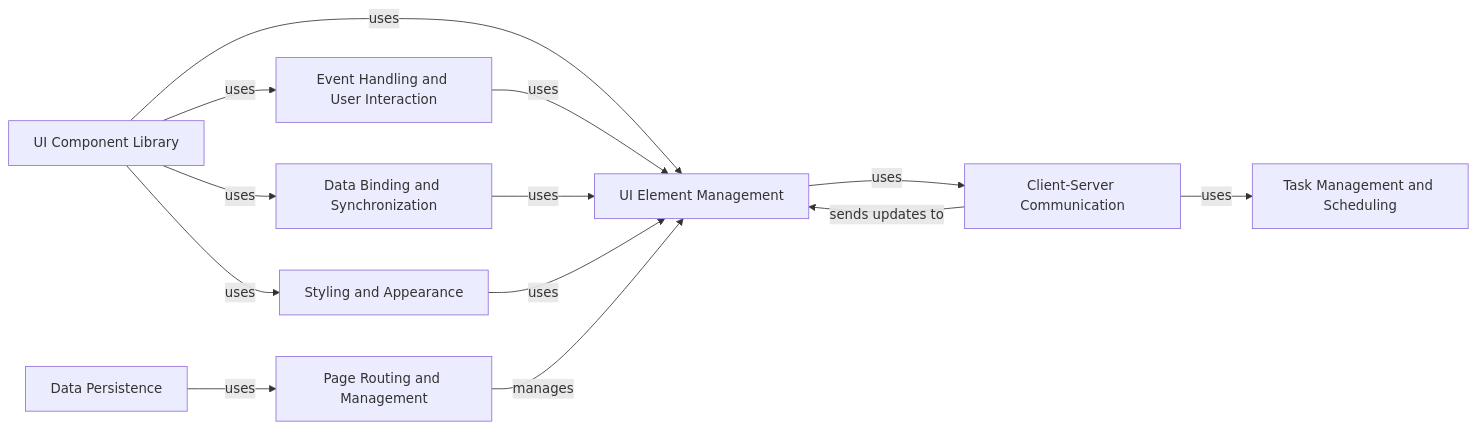
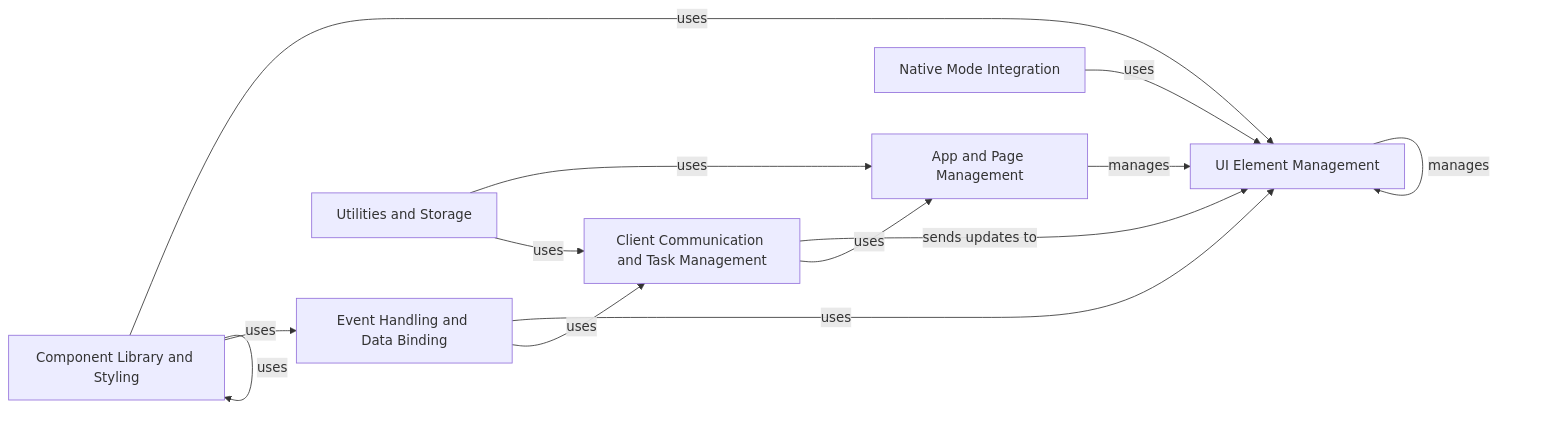
The diagram in nicegui/on_boarding.md (CodeBoarding/GeneratedOnBoardings), drawn with Mermaid before and after one commit. The commit also changed other lines of this file and 15 other files, not shown here.

````diff
--- a/nicegui/on_boarding.md
+++ b/nicegui/on_boarding.md
@@ -1,33 +1,29 @@
 ```mermaid
 graph LR
     UI_Element_Management["UI Element Management"]
-    Event_Handling_and_User_Interaction["Event Handling and User Interaction"]
-    Client_Server_Communication["Client-Server Communication"]
-    Data_Binding_and_Synchronization["Data Binding and Synchronization"]
-    Task_Management_and_Scheduling["Task Management and Scheduling"]
-    UI_Component_Library["UI Component Library"]
-    Styling_and_Appearance["Styling and Appearance"]
-    Page_Routing_and_Management["Page Routing and Management"]
-    Data_Persistence["Data Persistence"]
-    Event_Handling_and_User_Interaction -- "uses" --> UI_Element_Management
-    Client_Server_Communication -- "sends updates to" --> UI_Element_Management
-    Data_Binding_and_Synchronization -- "uses" --> UI_Element_Management
-    UI_Component_Library -- "uses" --> UI_Element_Management
-    UI_Component_Library -- "uses" --> Event_Handling_and_User_Interaction
-    UI_Component_Library -- "uses" --> Data_Binding_and_Synchronization
-    UI_Component_Library -- "uses" --> Styling_and_Appearance
-    Page_Routing_and_Management -- "manages" --> UI_Element_Management
-    Data_Persistence -- "uses" --> Page_Routing_and_Management
-    Client_Server_Communication -- "uses" --> Task_Management_and_Scheduling
-    UI_Element_Management -- "uses" --> Client_Server_Communication
-    Styling_and_Appearance -- "uses" --> UI_Element_Management
+    Event_Handling_and_Data_Binding["Event Handling and Data Binding"]
+    Client_Communication_and_Task_Management["Client Communication and Task Management"]
+    Component_Library_and_Styling["Component Library and Styling"]
+    App_and_Page_Management["App and Page Management"]
+    Utilities_and_Storage["Utilities and Storage"]
+    Native_Mode_Integration["Native Mode Integration"]
+    UI_Element_Management -- "manages" --> UI_Element_Management
+    Event_Handling_and_Data_Binding -- "uses" --> UI_Element_Management
+    Client_Communication_and_Task_Management -- "sends updates to" --> UI_Element_Management
+    Component_Library_and_Styling -- "uses" --> UI_Element_Management
+    App_and_Page_Management -- "manages" --> UI_Element_Management
+    Utilities_and_Storage -- "uses" --> App_and_Page_Management
+    Native_Mode_Integration -- "uses" --> UI_Element_Management
+    Event_Handling_and_Data_Binding -- "uses" --> Client_Communication_and_Task_Management
+    Component_Library_and_Styling -- "uses" --> Event_Handling_and_Data_Binding
+    Component_Library_and_Styling -- "uses" --> Component_Library_and_Styling
+    Utilities_and_Storage -- "uses" --> Client_Communication_and_Task_Management
+    Client_Communication_and_Task_Management -- "uses" --> App_and_Page_Management
     click UI_Element_Management href "https://github.com/CodeBoarding/GeneratedOnBoardings/blob/main/nicegui/UI Element Management.md" "Details"
-    click Event_Handling_and_User_Interaction href "https://github.com/CodeBoarding/GeneratedOnBoardings/blob/main/nicegui/Event Handling and User Interaction.md" "Details"
-    click Client_Server_Communication href "https://github.com/CodeBoarding/GeneratedOnBoardings/blob/main/nicegui/Client-Server Communication.md" "Details"
-    click Data_Binding_and_Synchronization href "https://github.com/CodeBoarding/GeneratedOnBoardings/blob/main/nicegui/Data Binding and Synchronization.md" "Details"
-    click Task_Management_and_Scheduling href "https://github.com/CodeBoarding/GeneratedOnBoardings/blob/main/nicegui/Task Management and Scheduling.md" "Details"
-    click UI_Component_Library href "https://github.com/CodeBoarding/GeneratedOnBoardings/blob/main/nicegui/UI Component Library.md" "Details"
-    click Styling_and_Appearance href "https://github.com/CodeBoarding/GeneratedOnBoardings/blob/main/nicegui/Styling and Appearance.md" "Details"
-    click Page_Routing_and_Management href "https://github.com/CodeBoarding/GeneratedOnBoardings/blob/main/nicegui/Page Routing and Management.md" "Details"
-    click Data_Persistence href "https://github.com/CodeBoarding/GeneratedOnBoardings/blob/main/nicegui/Data Persistence.md" "Details"
+    click Event_Handling_and_Data_Binding href "https://github.com/CodeBoarding/GeneratedOnBoardings/blob/main/nicegui/Event Handling and Data Binding.md" "Details"
+    click Client_Communication_and_Task_Management href "https://github.com/CodeBoarding/GeneratedOnBoardings/blob/main/nicegui/Client Communication and Task Management.md" "Details"
+    click Component_Library_and_Styling href "https://github.com/CodeBoarding/GeneratedOnBoardings/blob/main/nicegui/Component Library and Styling.md" "Details"
+    click App_and_Page_Management href "https://github.com/CodeBoarding/GeneratedOnBoardings/blob/main/nicegui/App and Page Management.md" "Details"
+    click Utilities_and_Storage href "https://github.com/CodeBoarding/GeneratedOnBoardings/blob/main/nicegui/Utilities and Storage.md" "Details"
+    click Native_Mode_Integration href "https://github.com/CodeBoarding/GeneratedOnBoardings/blob/main/nicegui/Native Mode Integration.md" "Details"
 ```
````
